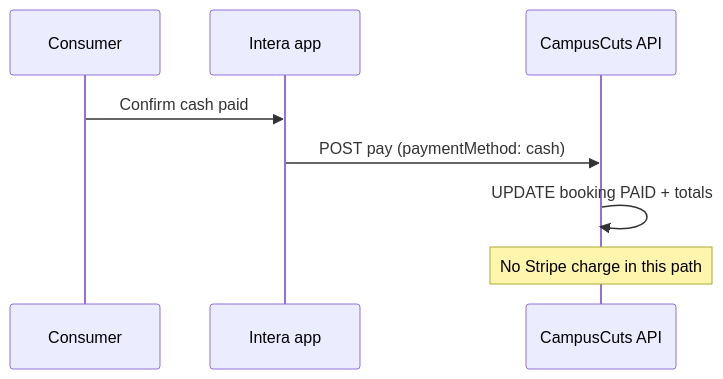
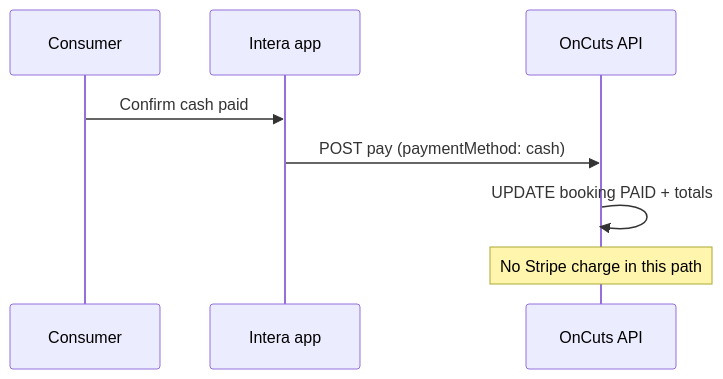
The second of 2 diagrams in PLATFORM_AND_MONEY_FLOWS.md (lmckeown27/OnCutsiOS), drawn with Mermaid before and after one commit. The commit also changed other lines of this file and 950 other files, not shown here.

First line of the commit message:
Rename CampusCuts stack to OnCutsModule and host app to OnCutsiOS.

````diff
--- a/PLATFORM_AND_MONEY_FLOWS.md
+++ b/PLATFORM_AND_MONEY_FLOWS.md
@@ -147,11 +147,11 @@
 ```mermaid
 sequenceDiagram
     participant C as Consumer
     participant I as Intera app
-    participant API as CampusCuts API
+    participant API as OnCuts API
 
     C->>I: Confirm cash paid
     I->>API: POST pay (paymentMethod: cash)
     API->>API: UPDATE booking PAID + totals
     Note over API: No Stripe charge in this path
 ```
````
